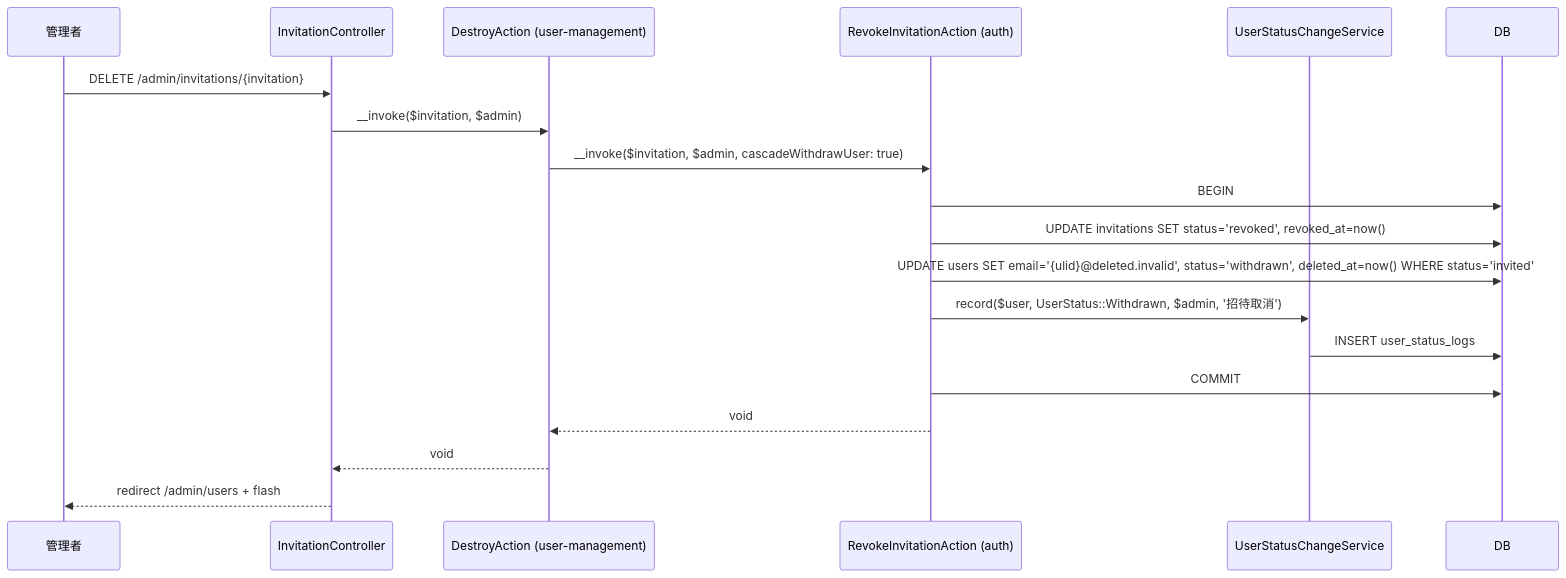
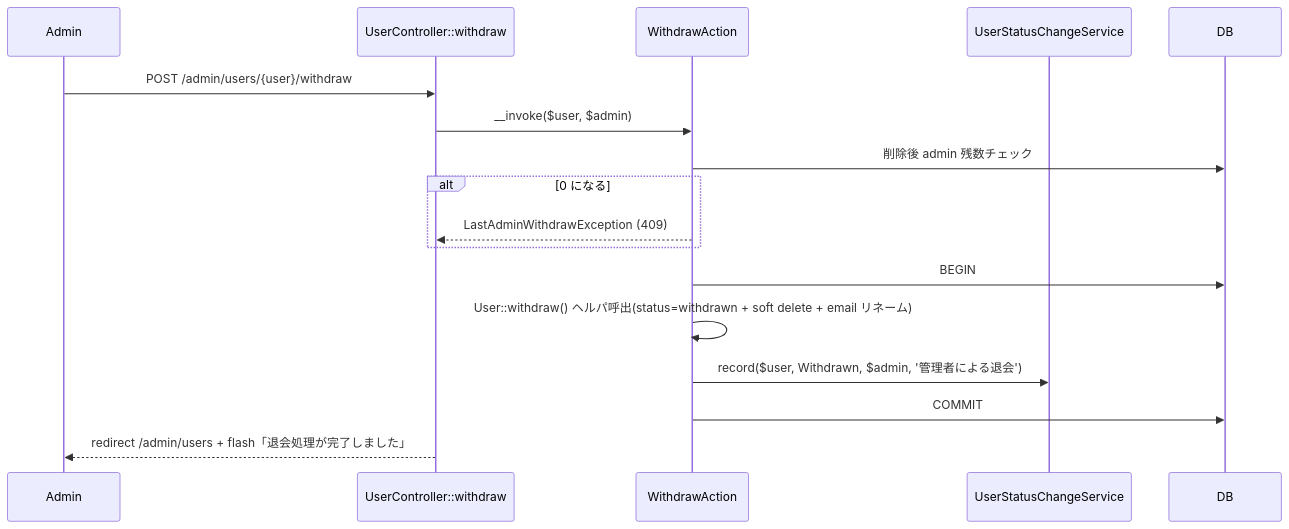
One commit to coachtech-mockcase-second/ExampleAnswer-mockcase-CertifyLMS changed the fourth of 5 diagrams in docs/specs/user-management/design.md. Above: the diagram before and after it, drawn with Mermaid. The commit also changed other lines of this file and 67 other files, not shown here.

````diff
--- a/docs/specs/user-management/design.md
+++ b/docs/specs/user-management/design.md
@@ -77,22 +89,19 @@
 ```mermaid
 sequenceDiagram
-    participant Admin as 管理者
-    participant IC as InvitationController
-    participant DA as DestroyAction (user-management)
-    participant RIA as RevokeInvitationAction (auth)
-    participant Svc as UserStatusChangeService
-    participant DB as DB
+    participant Admin
+    participant UC as UserController::withdraw
+    participant WA as WithdrawAction
+    participant USCS as UserStatusChangeService
 
-    Admin->>IC: DELETE /admin/invitations/{invitation}
-    IC->>DA: __invoke($invitation, $admin)
-    DA->>RIA: __invoke($invitation, $admin, cascadeWithdrawUser: true)
-    RIA->>DB: BEGIN
-    RIA->>DB: UPDATE invitations SET status='revoked', revoked_at=now()
-    RIA->>DB: UPDATE users SET email='{ulid}@deleted.invalid', status='withdrawn', deleted_at=now() WHERE status='invited'
-    RIA->>Svc: record($user, UserStatus::Withdrawn, $admin, '招待取消')
-    Svc->>DB: INSERT user_status_logs
-    RIA->>DB: COMMIT
-    RIA-->>DA: void
-    DA-->>IC: void
-    IC-->>Admin: redirect /admin/users + flash
+    Admin->>UC: POST /admin/users/{user}/withdraw
+    UC->>WA: __invoke($user, $admin)
+    WA->>DB: 削除後 admin 残数チェック
+    alt 0 になる
+        WA-->>UC: LastAdminWithdrawException (409)
+    end
+    WA->>DB: BEGIN
+    WA->>WA: User::withdraw() ヘルパ呼出(status=withdrawn + soft delete + email リネーム)
+    WA->>USCS: record($user, Withdrawn, $admin, '管理者による退会')
+    WA->>DB: COMMIT
+    UC-->>Admin: redirect /admin/users + flash「退会処理が完了しました」
 ```
````
